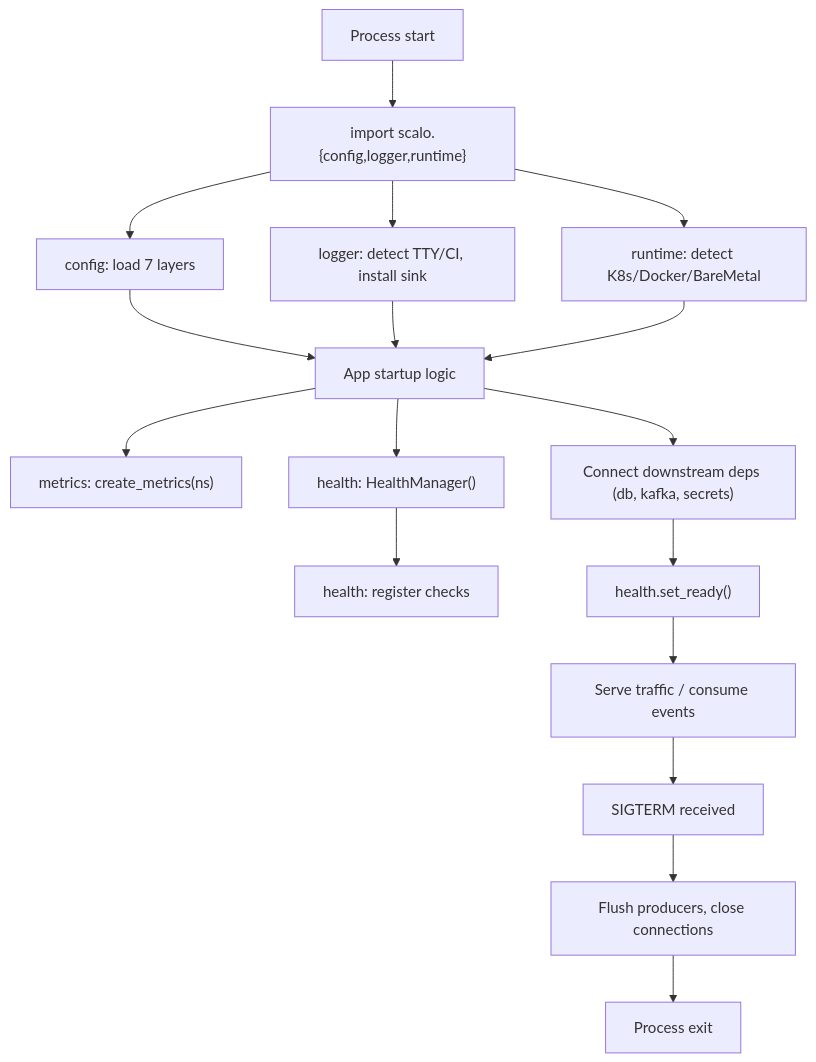
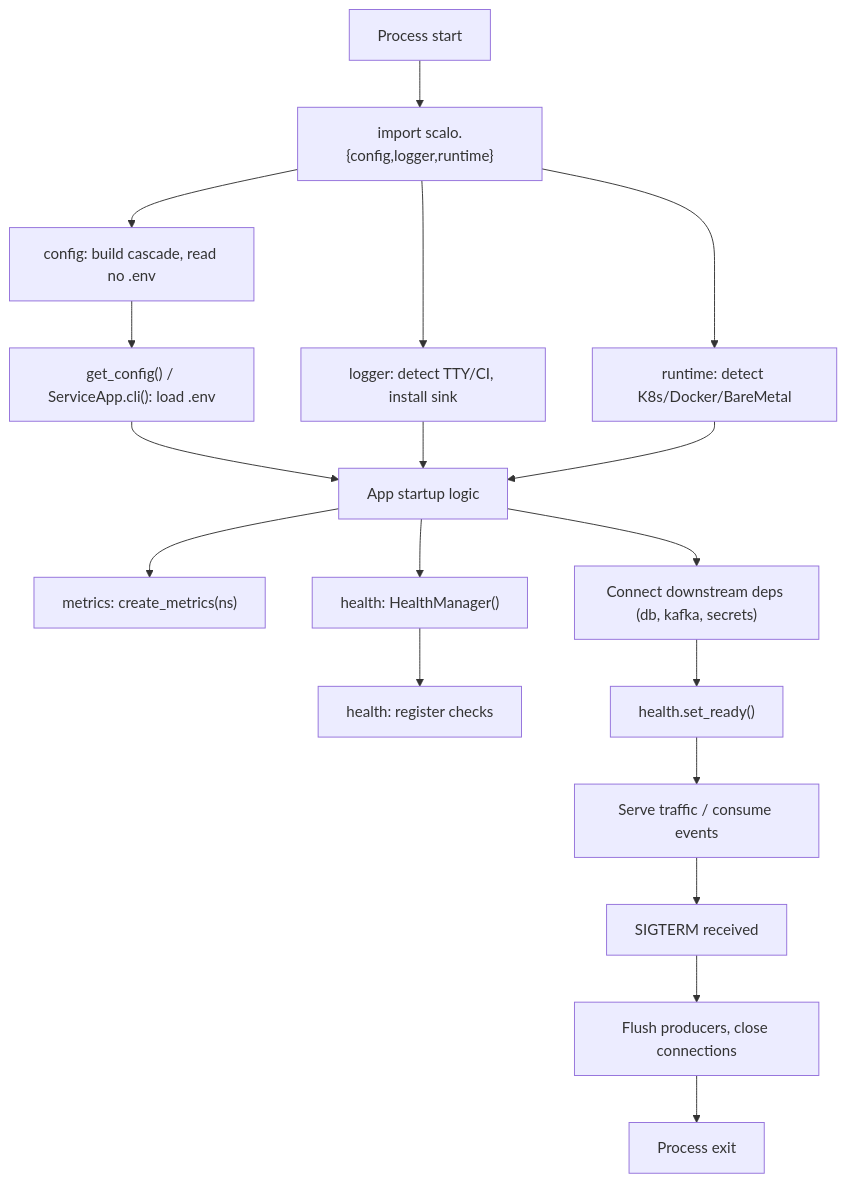
Before and after one commit to hyperi-io/scalo-py: the diagram in docs/AUTO-WIRING.md, drawn with Mermaid. The commit also changed other lines of this file and 6 other files, not shown here.

First line of the commit message:
fix: stop importing scalo.config from loading .env into os.environ (#116)

````diff
--- a/docs/AUTO-WIRING.md
+++ b/docs/AUTO-WIRING.md
@@ -62,35 +63,37 @@
 ```mermaid
 flowchart TB
     Start["Process start"]
     Import["import scalo.{config,logger,runtime}"]
-    Cascade["config: load 7 layers"]
+    Cascade["config: build cascade, read no .env"]
+    DotEnv["get_config() / ServiceApp.cli(): load .env"]
     LogFmt["logger: detect TTY/CI, install sink"]
     RtDetect["runtime: detect K8s/Docker/BareMetal"]
     AppInit["App startup logic"]
     Metrics["metrics: create_metrics(ns)"]
     Health["health: HealthManager()"]
     DepCheck["health: register checks"]
     Connect["Connect downstream deps (db, kafka, secrets)"]
     Ready["health.set_ready()"]
     Serve["Serve traffic / consume events"]
     Sigterm["SIGTERM received"]
     Flush["Flush producers, close connections"]
     Stop["Process exit"]
 
     Start --> Import
     Import --> Cascade
     Import --> LogFmt
     Import --> RtDetect
-    Cascade --> AppInit
+    Cascade --> DotEnv
+    DotEnv --> AppInit
     LogFmt --> AppInit
     RtDetect --> AppInit
     AppInit --> Metrics
     AppInit --> Health
     Health --> DepCheck
     AppInit --> Connect
     Connect --> Ready
     Ready --> Serve
     Serve --> Sigterm
     Sigterm --> Flush
     Flush --> Stop
 ```
````
